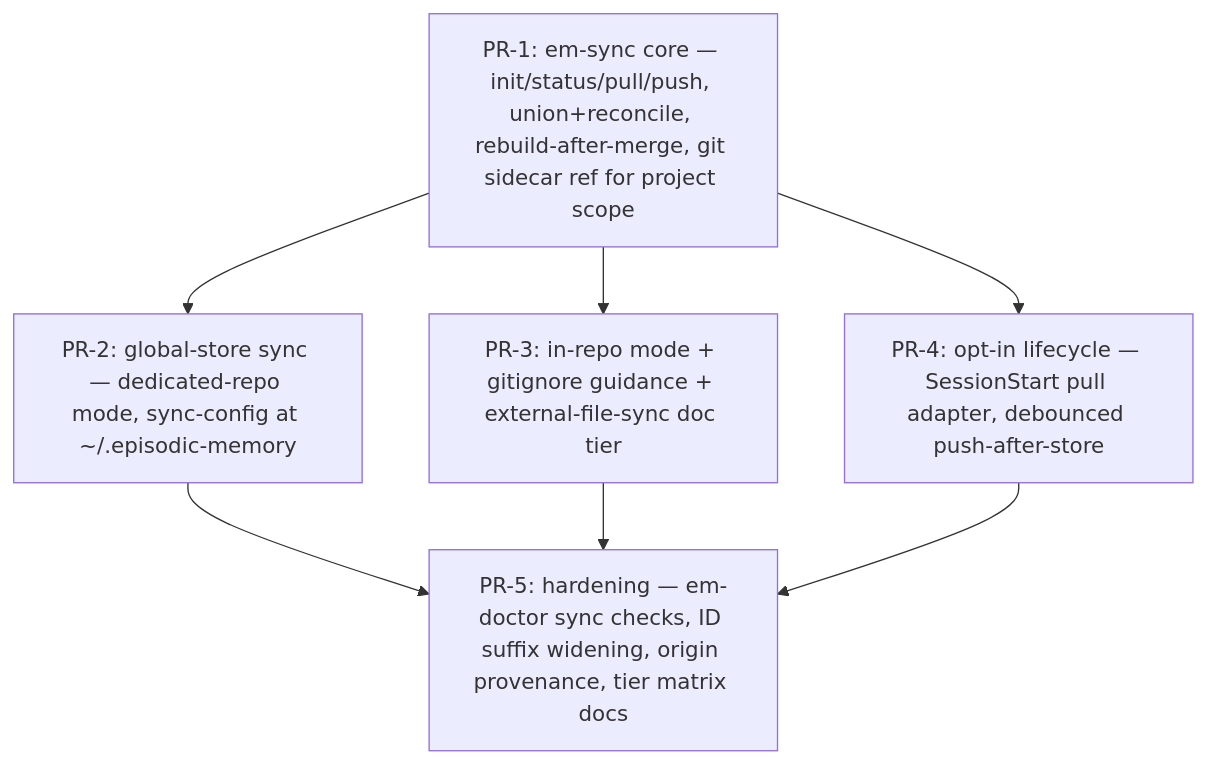
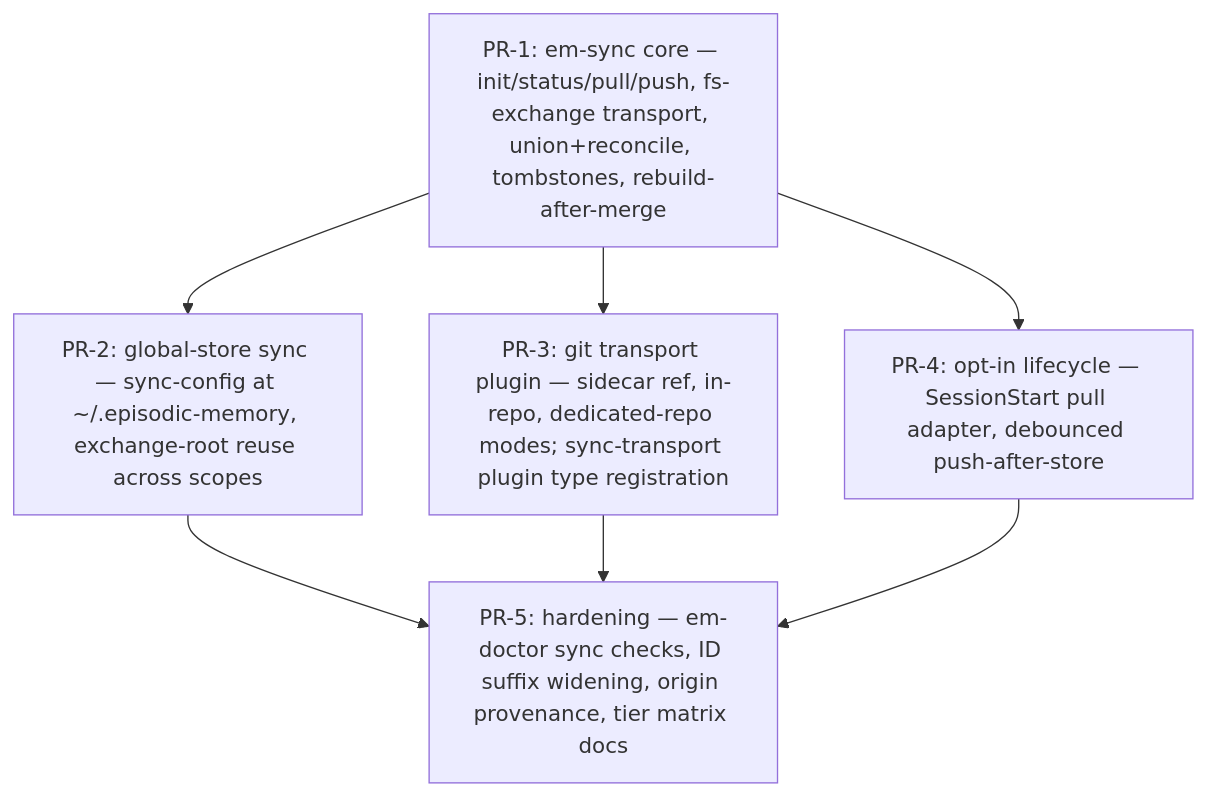
One commit to lantisprime/episodic-memory changed the diagram in docs/rfcs/RFC-013-episode-sync.md. Above: the diagram before and after it, drawn with Mermaid. The commit also changed other lines of this file, not shown here.

First line of the commit message:
RFC-013: demote git to optional transport plugin; fs-exchange (stdlib-only) is the reference transport

````diff
--- a/docs/rfcs/RFC-013-episode-sync.md
+++ b/docs/rfcs/RFC-013-episode-sync.md
@@ -165,15 +187,15 @@
 ```mermaid
 graph TD
-    PR1[PR-1: em-sync core — init/status/pull/push, union+reconcile, rebuild-after-merge, git sidecar ref for project scope]
-    PR2[PR-2: global-store sync — dedicated-repo mode, sync-config at ~/.episodic-memory]
-    PR3[PR-3: in-repo mode + gitignore guidance + external-file-sync doc tier]
+    PR1[PR-1: em-sync core — init/status/pull/push, fs-exchange transport, union+reconcile, tombstones, rebuild-after-merge]
+    PR2[PR-2: global-store sync — sync-config at ~/.episodic-memory, exchange-root reuse across scopes]
+    PR3[PR-3: git transport plugin — sidecar ref, in-repo, dedicated-repo modes; sync-transport plugin type registration]
     PR4[PR-4: opt-in lifecycle — SessionStart pull adapter, debounced push-after-store]
     PR5[PR-5: hardening — em-doctor sync checks, ID suffix widening, origin provenance, tier matrix docs]
 
     PR1 --> PR2
     PR1 --> PR3
     PR1 --> PR4
     PR2 --> PR5
     PR3 --> PR5
     PR4 --> PR5
 ```
````
